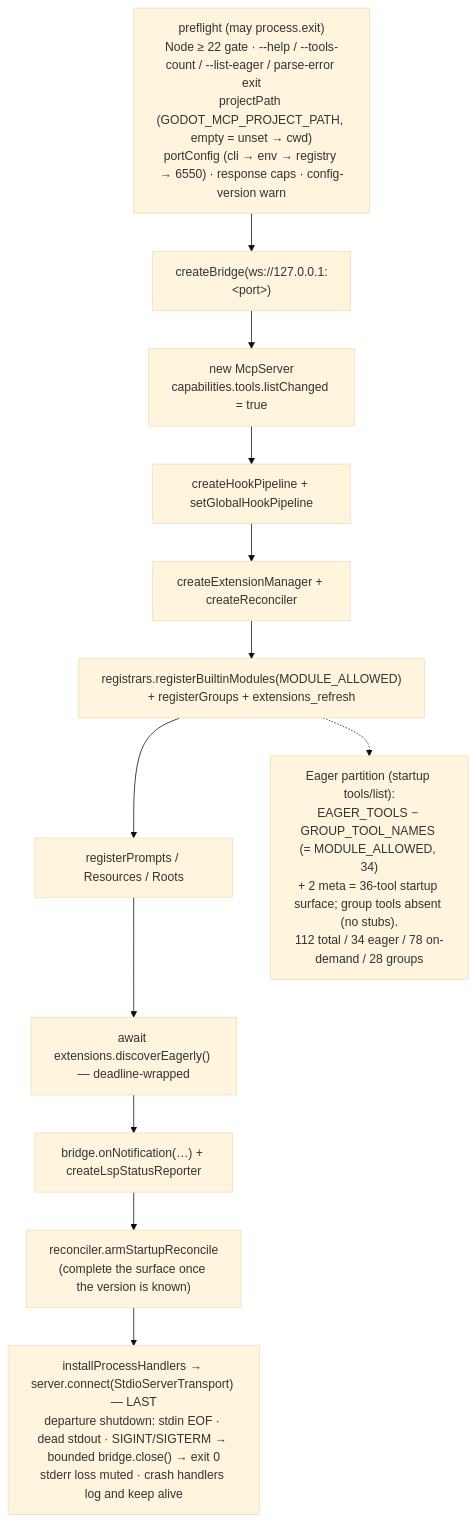
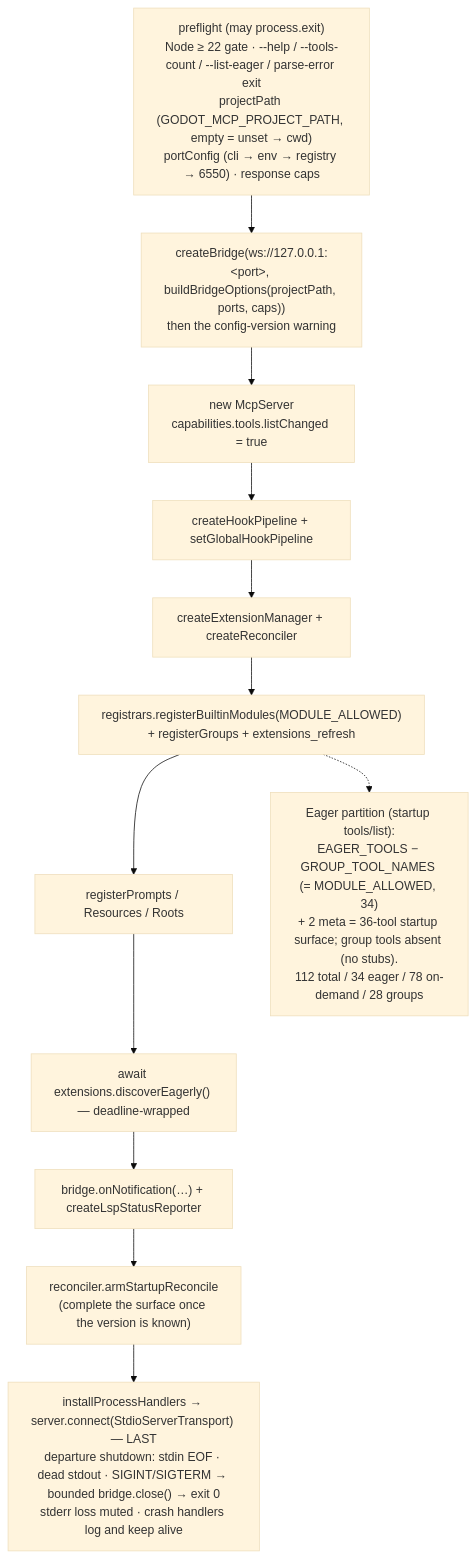
The third of 13 diagrams in docs/architecture/README.md (NPGameDev/godot-mcp-server), drawn with Mermaid (base theme) before and after one commit. The commit also changed other lines of this file, not shown here.

Commit message:
docs(arch): re-attest the startup figure after the bridge-options move

````diff
--- a/docs/architecture/README.md
+++ b/docs/architecture/README.md
@@ -210,17 +210,17 @@
 ```mermaid
 flowchart TD
-    pre["preflight (may process.exit)<br/>Node ≥ 22 gate · --help / --tools-count / --list-eager / parse-error exit<br/>projectPath (GODOT_MCP_PROJECT_PATH, empty = unset → cwd)<br/>portConfig (cli → env → registry → 6550) · response caps · config-version warn"]
-    bridge["createBridge(ws://127.0.0.1:&lt;port&gt;)"]
+    pre["preflight (may process.exit)<br/>Node ≥ 22 gate · --help / --tools-count / --list-eager / parse-error exit<br/>projectPath (GODOT_MCP_PROJECT_PATH, empty = unset → cwd)<br/>portConfig (cli → env → registry → 6550) · response caps"]
+    bridge["createBridge(ws://127.0.0.1:&lt;port&gt;, buildBridgeOptions(projectPath, ports, caps))<br/>then the config-version warning"]
     srv["new McpServer<br/>capabilities.tools.listChanged = true"]
     hooks["createHookPipeline + setGlobalHookPipeline"]
     subsys["createExtensionManager + createReconciler"]
     reg["registrars.registerBuiltinModules(MODULE_ALLOWED)<br/>+ registerGroups + extensions_refresh"]
     mcpcap["registerPrompts / Resources / Roots"]
     eager["await extensions.discoverEagerly() — deadline-wrapped"]
     notif["bridge.onNotification(…) + createLspStatusReporter"]
     recon["reconciler.armStartupReconcile<br/>(complete the surface once the version is known)"]
     conn["installProcessHandlers → server.connect(StdioServerTransport) — LAST<br/>departure shutdown: stdin EOF · dead stdout · SIGINT/SIGTERM → bounded bridge.close() → exit 0<br/>stderr loss muted · crash handlers log and keep alive"]
     pre --> bridge --> srv --> hooks --> subsys --> reg --> mcpcap --> eager --> notif --> recon --> conn
     part["Eager partition (startup tools/list):<br/>EAGER_TOOLS − GROUP_TOOL_NAMES (= MODULE_ALLOWED, 34)<br/>+ 2 meta = 36-tool startup surface; group tools absent (no stubs).<br/>112 total / 34 eager / 78 on-demand / 28 groups"]
     reg -.-> part
 ```
````
